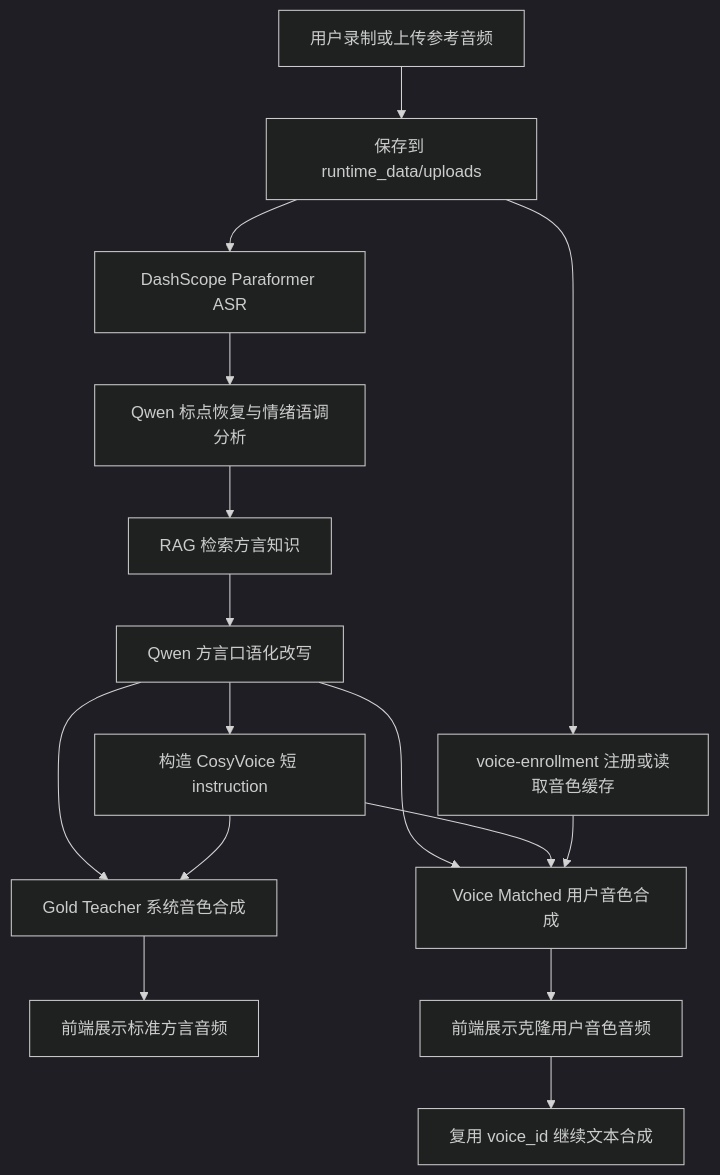
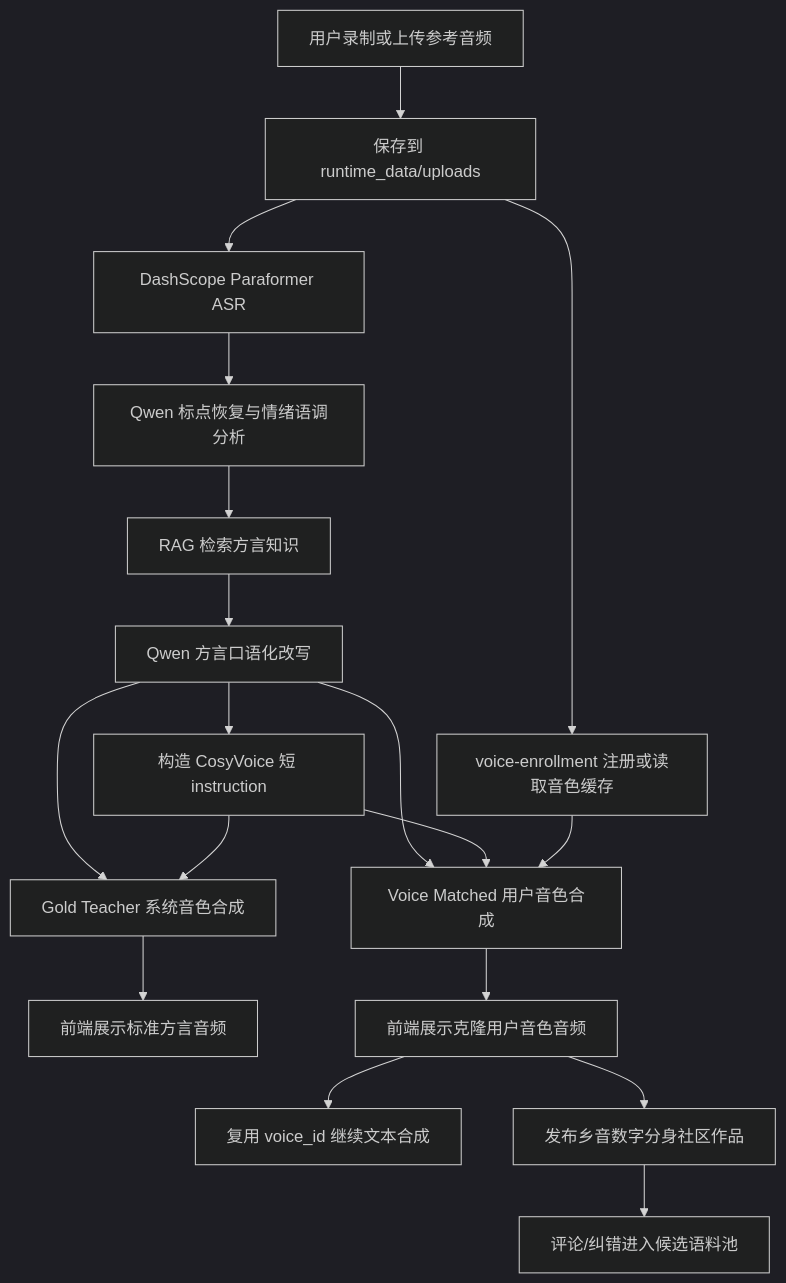
One commit to woxihuanhanzixie/DialectConvert changed the diagram in README.md. Above: the diagram before and after it, drawn with Mermaid (dark theme). The commit also changed other lines of this file and 10 other files, not shown here.

````diff
--- a/README.md
+++ b/README.md
@@ -46,18 +48,20 @@
 ```mermaid
 flowchart TD
     A[用户录制或上传参考音频] --> B[保存到 runtime_data/uploads]
     B --> C[DashScope Paraformer ASR]
     C --> D[Qwen 标点恢复与情绪语调分析]
     D --> R[RAG 检索方言知识]
     R --> E[Qwen 方言口语化改写]
     E --> F[构造 CosyVoice 短 instruction]
     B --> G[voice-enrollment 注册或读取音色缓存]
     E --> H[Gold Teacher 系统音色合成]
     F --> H
     E --> I[Voice Matched 用户音色合成]
     F --> I
     G --> I
     H --> J[前端展示标准方言音频]
     I --> K[前端展示克隆用户音色音频]
     K --> L[复用 voice_id 继续文本合成]
+    K --> M[发布乡音数字分身社区作品]
+    M --> N[评论/纠错进入候选语料池]
 ```
````
